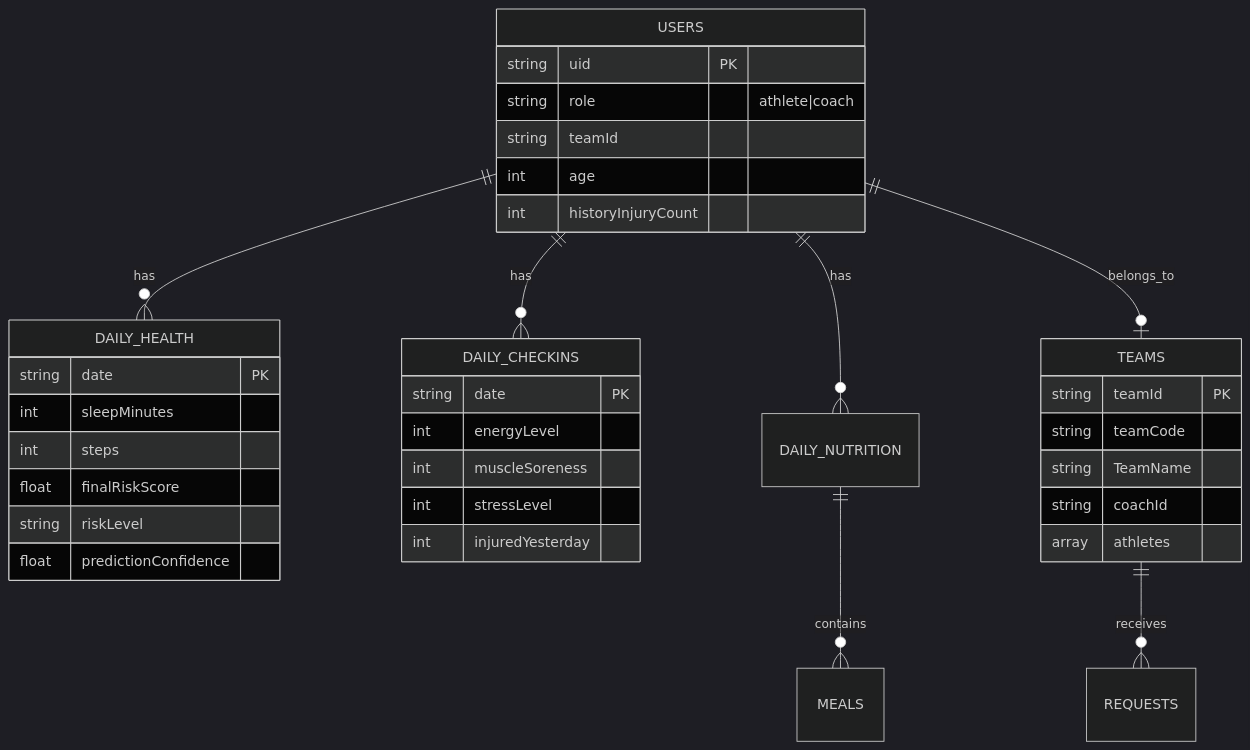
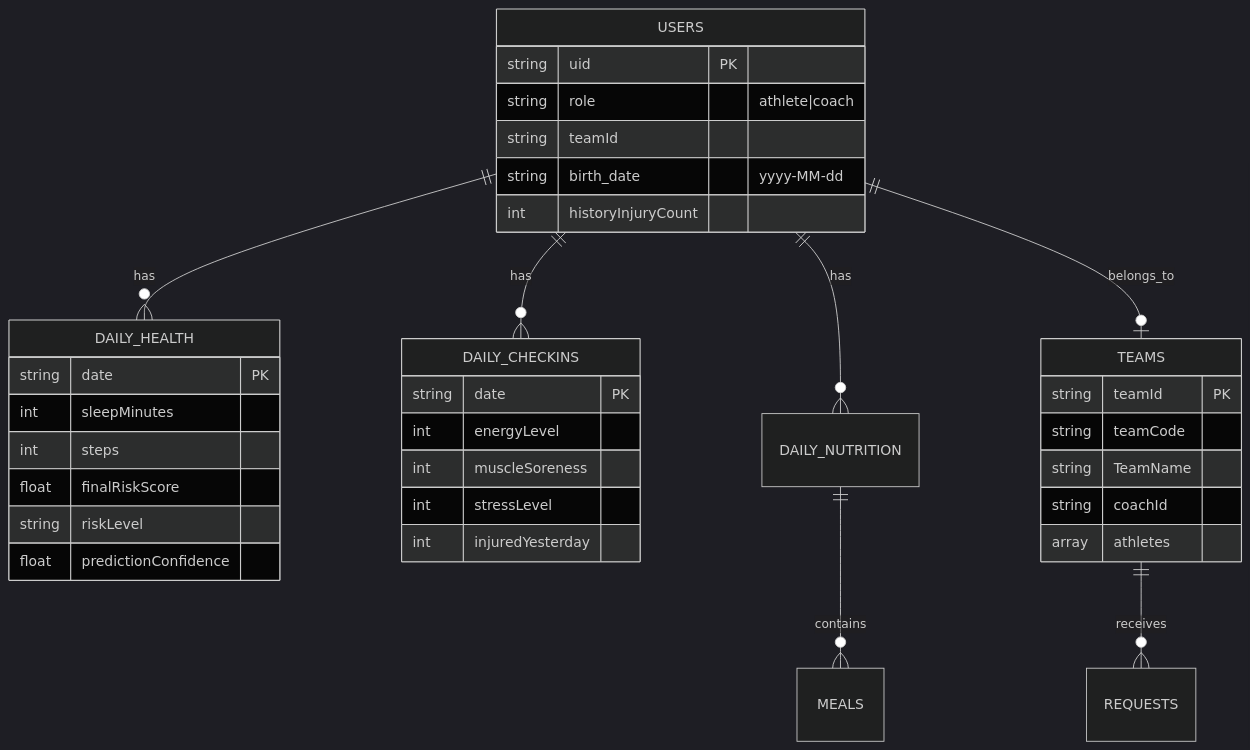
The fifth of 5 diagrams in docs/HLD_PROJECT.md (yahav97/final_project_AthleAgent), drawn with Mermaid (dark theme) before and after one commit. The commit also changed 5 other files, not shown here.

First line of the commit message:
Update documentation to reflect profile changes from age to birth_date

````diff
--- a/docs/HLD_PROJECT.md
+++ b/docs/HLD_PROJECT.md
@@ -198,42 +198,42 @@
 ```mermaid
 erDiagram
     USERS ||--o{ DAILY_HEALTH : has
     USERS ||--o{ DAILY_CHECKINS : has
     USERS ||--o{ DAILY_NUTRITION : has
     DAILY_NUTRITION ||--o{ MEALS : contains
     TEAMS ||--o{ REQUESTS : receives
     USERS ||--o| TEAMS : belongs_to
 
     USERS {
         string uid PK
         string role "athlete|coach"
         string teamId
-        int age
+        string birth_date "yyyy-MM-dd"
         int historyInjuryCount
     }
 
     DAILY_HEALTH {
         string date PK
         int sleepMinutes
         int steps
         float finalRiskScore
         string riskLevel
         float predictionConfidence
     }
 
     DAILY_CHECKINS {
         string date PK
         int energyLevel
         int muscleSoreness
         int stressLevel
         int injuredYesterday
     }
 
     TEAMS {
         string teamId PK
         string teamCode
         string TeamName
         string coachId
         array athletes
     }
 ```
````
